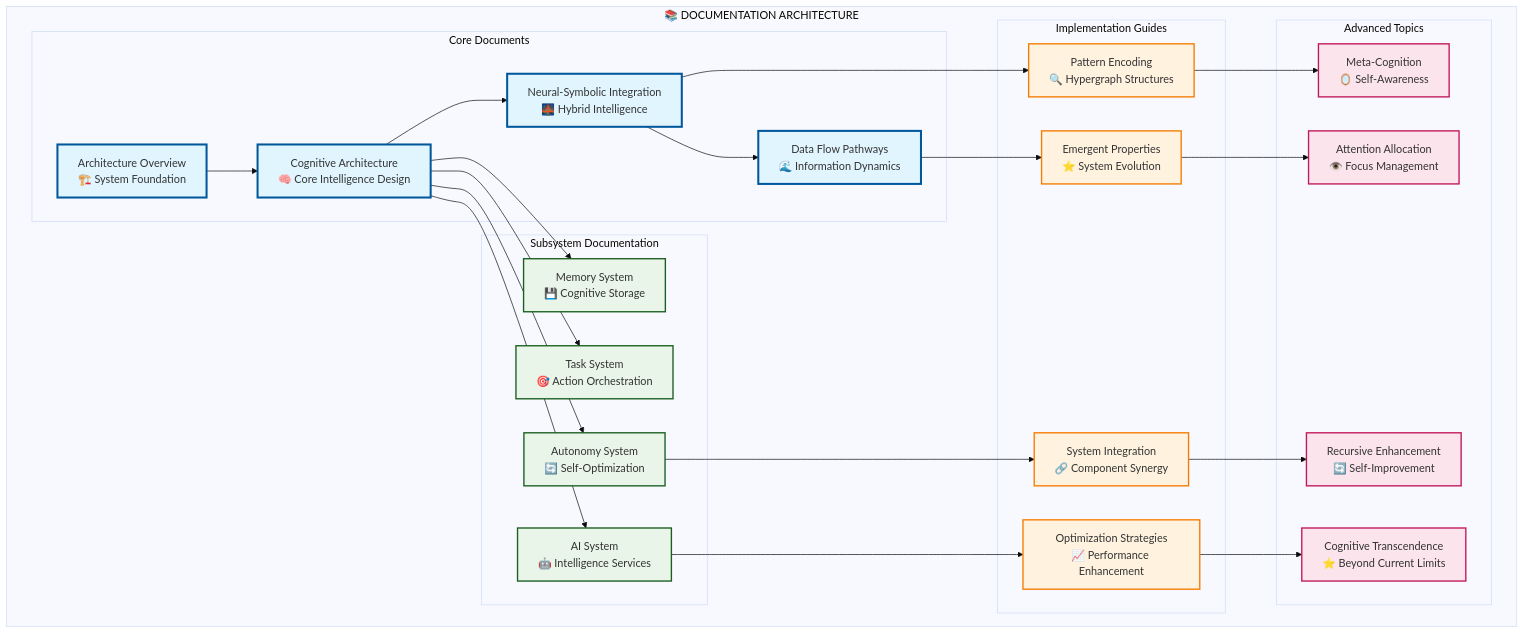
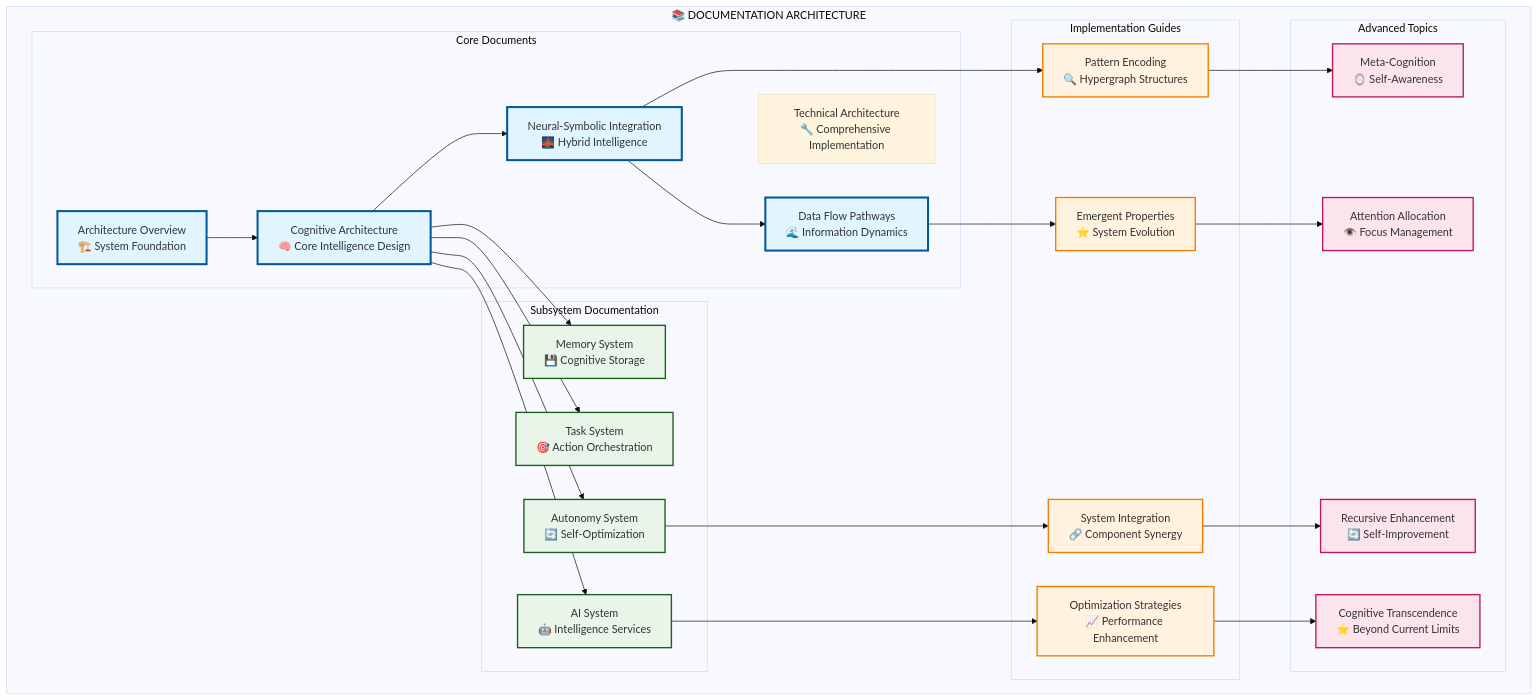
The diagram in wiki/architecture/index.md (mardukros/mardukros), drawn with Mermaid (base theme) before and after one commit. The commit also changed other lines of this file and 5 other files, not shown here.

Commit message:
Create comprehensive technical architecture documentation with detailed Mermaid diagrams

````diff
--- a/wiki/architecture/index.md
+++ b/wiki/architecture/index.md
@@ -9,65 +9,66 @@
 ```mermaid
 graph TD
     subgraph "📚 DOCUMENTATION ARCHITECTURE"
         subgraph "Core Documents"
             OVERVIEW[Architecture Overview<br/>🏗️ System Foundation]
             COGNITIVE[Cognitive Architecture<br/>🧠 Core Intelligence Design]
             NEURAL[Neural-Symbolic Integration<br/>🌉 Hybrid Intelligence]
             DATAFLOW[Data Flow Pathways<br/>🌊 Information Dynamics]
+            TECHNICAL[Technical Architecture<br/>🔧 Comprehensive Implementation]
         end
         
         subgraph "Subsystem Documentation"
             MEMORY[Memory System<br/>💾 Cognitive Storage]
             TASK[Task System<br/>🎯 Action Orchestration]
             AI[AI System<br/>🤖 Intelligence Services]
             AUTONOMY[Autonomy System<br/>🔄 Self-Optimization]
         end
         
         subgraph "Implementation Guides"
             PATTERNS[Pattern Encoding<br/>🔍 Hypergraph Structures]
             EMERGENCE[Emergent Properties<br/>⭐ System Evolution]
             INTEGRATION[System Integration<br/>🔗 Component Synergy]
             OPTIMIZATION[Optimization Strategies<br/>📈 Performance Enhancement]
         end
         
         subgraph "Advanced Topics"
             METACOG[Meta-Cognition<br/>🪞 Self-Awareness]
             ATTENTION[Attention Allocation<br/>👁️ Focus Management]
             RECURSION[Recursive Enhancement<br/>🔄 Self-Improvement]
             TRANSCENDENCE[Cognitive Transcendence<br/>⭐ Beyond Current Limits]
         end
     end
     
     %% Primary Relationships
     OVERVIEW --> COGNITIVE
     COGNITIVE --> NEURAL
     NEURAL --> DATAFLOW
     
     %% Subsystem Connections
     COGNITIVE --> MEMORY
     COGNITIVE --> TASK
     COGNITIVE --> AI
     COGNITIVE --> AUTONOMY
     
     %% Implementation Dependencies
     NEURAL --> PATTERNS
     DATAFLOW --> EMERGENCE
     AUTONOMY --> INTEGRATION
     AI --> OPTIMIZATION
     
     %% Advanced Concepts
     PATTERNS --> METACOG
     EMERGENCE --> ATTENTION
     INTEGRATION --> RECURSION
     OPTIMIZATION --> TRANSCENDENCE
     
     classDef coreStyle fill:#e1f5fe,stroke:#01579b,stroke-width:3px
     classDef subsystemStyle fill:#e8f5e8,stroke:#1b5e20,stroke-width:2px
     classDef implementStyle fill:#fff3e0,stroke:#f57c00,stroke-width:2px
     classDef advancedStyle fill:#fce4ec,stroke:#c2185b,stroke-width:2px
     
     class OVERVIEW,COGNITIVE,NEURAL,DATAFLOW coreStyle
     class MEMORY,TASK,AI,AUTONOMY subsystemStyle
     class PATTERNS,EMERGENCE,INTEGRATION,OPTIMIZATION implementStyle
     class METACOG,ATTENTION,RECURSION,TRANSCENDENCE advancedStyle
 ```
````
